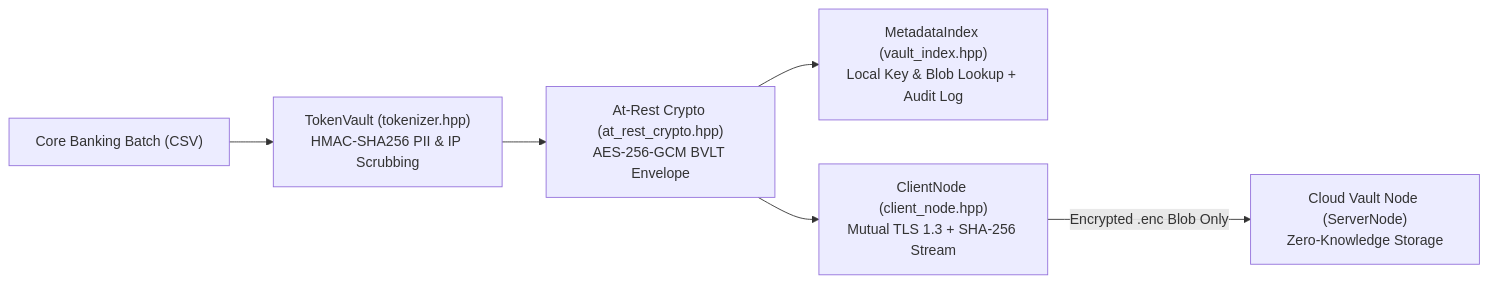
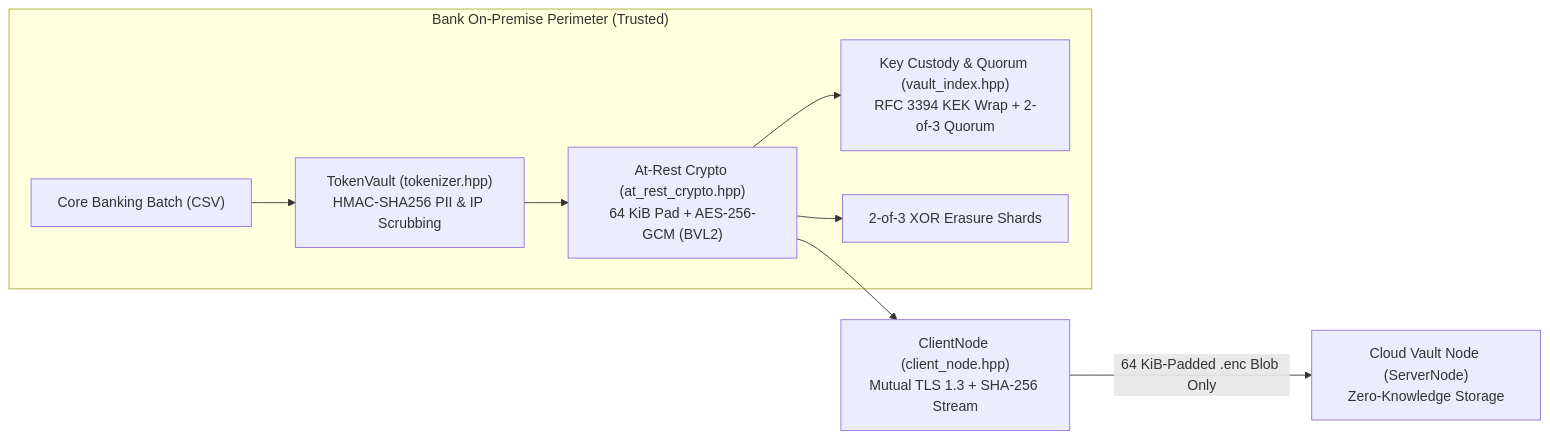
Before and after one commit to OmarAhmedTHE25th/BlindVault: the diagram in README.md, drawn with Mermaid. The commit also changed other lines of this file, not shown here.

````diff
--- a/README.md
+++ b/README.md
@@ -30,8 +25,12 @@
 ```mermaid
 flowchart LR
-    Core["Core Banking Batch (CSV)"] --> Tok["TokenVault (tokenizer.hpp)<br/>HMAC-SHA256 PII & IP Scrubbing"]
-    Tok --> Enc["At-Rest Crypto (at_rest_crypto.hpp)<br/>AES-256-GCM BVLT Envelope"]
-    Enc --> Idx["MetadataIndex (vault_index.hpp)<br/>Local Key & Blob Lookup + Audit Log"]
+    subgraph Bank["Bank On-Premise Perimeter (Trusted)"]
+        Core["Core Banking Batch (CSV)"] --> Tok["TokenVault (tokenizer.hpp)<br/>HMAC-SHA256 PII & IP Scrubbing"]
+        Tok --> Enc["At-Rest Crypto (at_rest_crypto.hpp)<br/>64 KiB Pad + AES-256-GCM (BVL2)"]
+        Enc --> Wrap["Key Custody & Quorum (vault_index.hpp)<br/>RFC 3394 KEK Wrap + 2-of-3 Quorum"]
+        Enc --> Shards["2-of-3 XOR Erasure Shards"]
+    end
+
     Enc --> Client["ClientNode (client_node.hpp)<br/>Mutual TLS 1.3 + SHA-256 Stream"]
-    Client -->|"Encrypted .enc Blob Only"| Cloud["Cloud Vault Node (ServerNode)<br/>Zero-Knowledge Storage"]
+    Client -->|"64 KiB-Padded .enc Blob Only"| Cloud["Cloud Vault Node (ServerNode)<br/>Zero-Knowledge Storage"]
 ```
````
